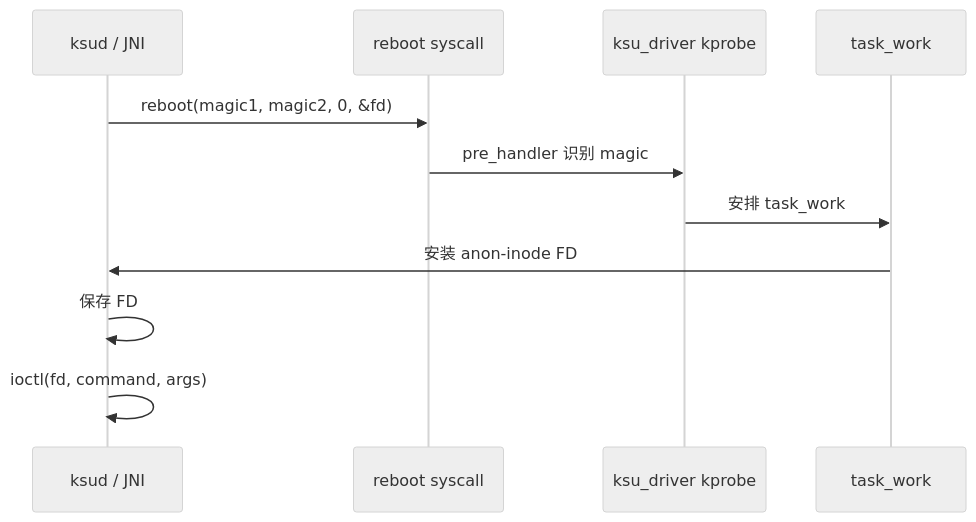
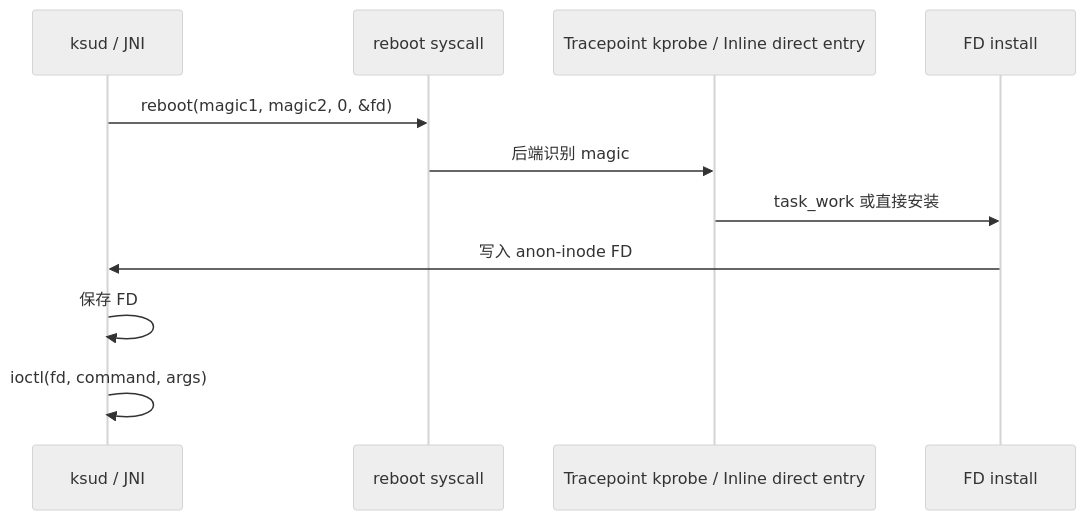
One commit to LyraVoid/FinaSU changed the second of 3 diagrams in website/docs/developer/supercall.md. Above: the diagram before and after it, drawn with Mermaid (neutral theme). The commit also changed other lines of this file and 51 other files, not shown here.

````diff
--- a/website/docs/developer/supercall.md
+++ b/website/docs/developer/supercall.md
@@ -50,13 +50,13 @@
 ```mermaid
 sequenceDiagram
     participant U as ksud / JNI
     participant R as reboot syscall
-    participant K as ksu_driver kprobe
-    participant T as task_work
+    participant K as Tracepoint kprobe / Inline direct entry
+    participant F as FD install
     U->>R: reboot(magic1, magic2, 0, &fd)
-    R->>K: pre_handler 识别 magic
-    K->>T: 安排 task_work
-    T->>U: 安装 anon-inode FD
+    R->>K: 后端识别 magic
+    K->>F: task_work 或直接安装
+    F->>U: 写入 anon-inode FD
     U->>U: 保存 FD
     U->>U: ioctl(fd, command, args)
 ```
````
